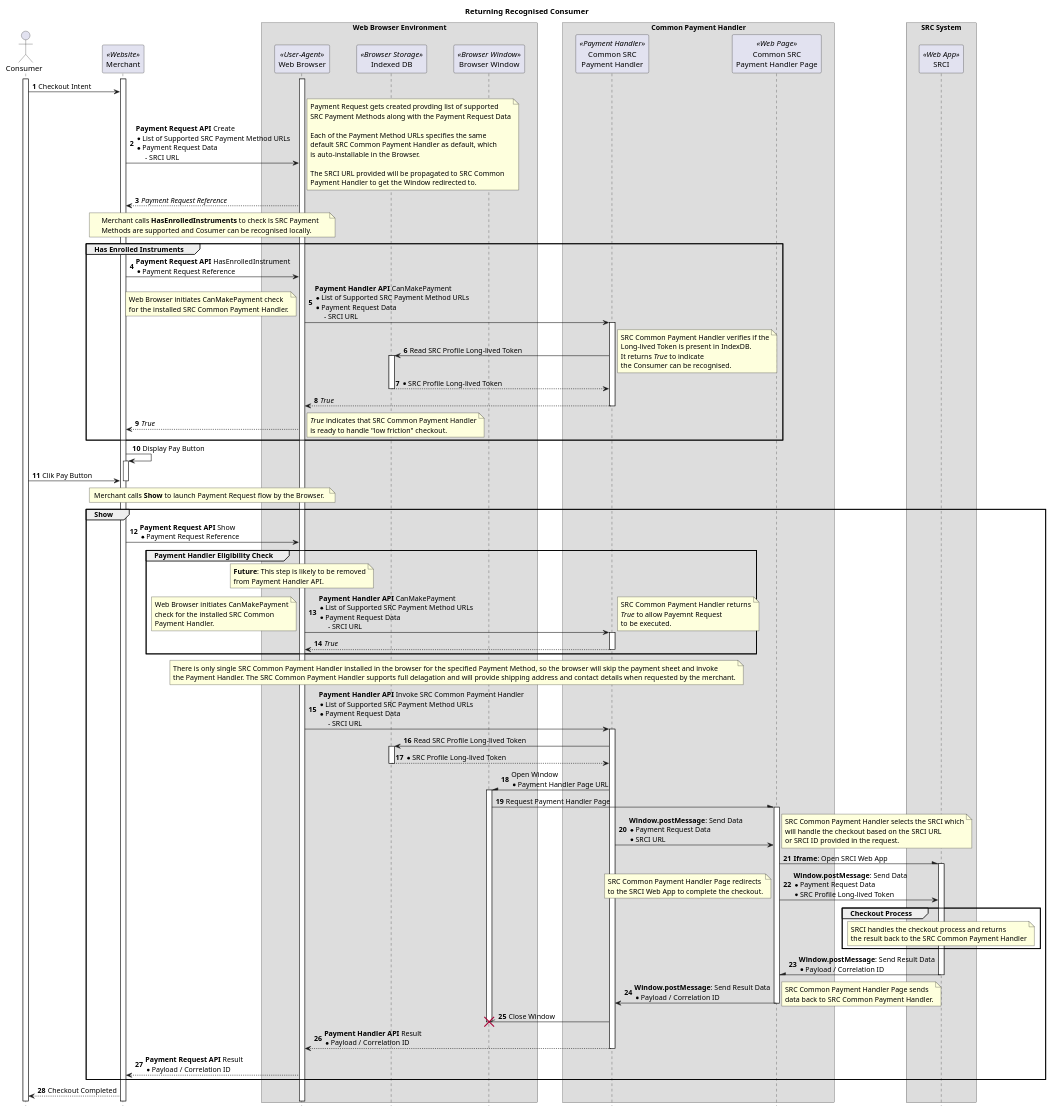
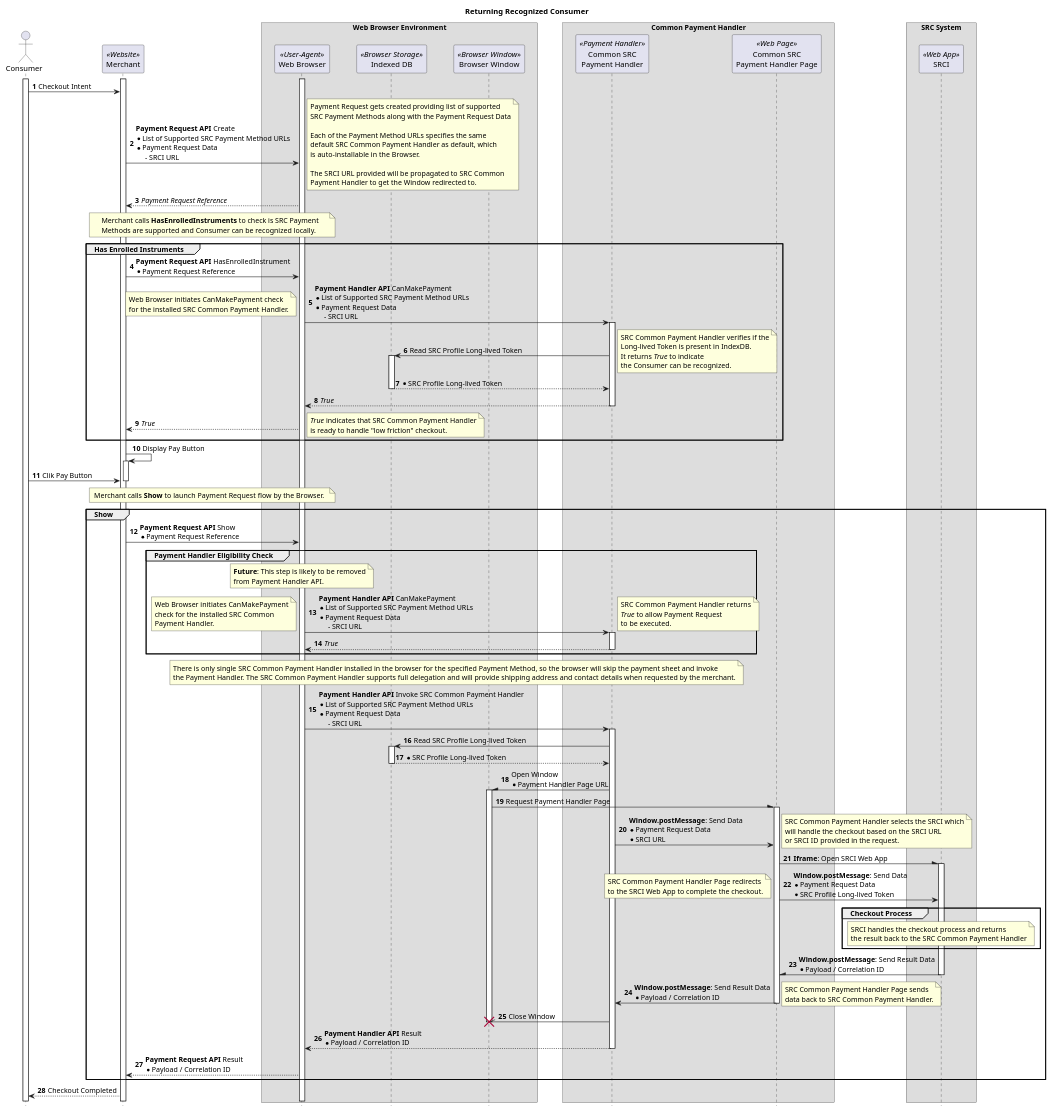
One commit to w3c/src changed the diagram in alt-ret-rec.puml. Above: the diagram before and after it, drawn with PlantUML. The commit also changed 5 other files, not shown here.

```diff
--- a/alt-ret-rec.puml
+++ b/alt-ret-rec.puml
@@ -1,159 +1,159 @@
 @startuml
 
 autonumber
 hide footbox
 skinparam ParticipantPadding 20
 skinparam BoxPadding 10
 
-title Returning Recognised Consumer
+title Returning Recognized Consumer
 
 actor Consumer as Consumer
 participant Merchant as Merchant <<Website>>
 
 box "Web Browser Environment"
   participant "Web Browser" as Browser <<User-Agent>>
   participant "Indexed DB" as DB <<Browser Storage>>
   participant "Browser Window" as Window <<Browser Window>>
 end box
 
 box "Common Payment Handler"
   participant "Common SRC\nPayment Handler" as PH <<Payment Handler>>
   participant "Common SRC\nPayment Handler Page" as Page <<Web Page>>
 end box
 
 box "SRC System"
   participant "SRCI" as SRCI <<Web App>>
 end box
 
 activate Consumer
 activate Merchant
 activate Browser
 
 Consumer->Merchant: Checkout Intent
 Merchant->Browser: **Payment Request API** Create\n* List of Supported SRC Payment Method URLs\n* Payment Request Data\n     - SRCI URL
 note right
-  Payment Request gets created provding list of supported
+  Payment Request gets created providing list of supported
   SRC Payment Methods along with the Payment Request Data
 
   Each of the Payment Method URLs specifies the same
   default SRC Common Payment Handler as default, which
   is auto-installable in the Browser.
 
   The SRCI URL provided will be propagated to SRC Common
   Payment Handler to get the Window redirected to.
 end note
 return //Payment Request Reference//
 
 note over Merchant, Browser
   Merchant calls **HasEnrolledInstruments** to check is SRC Payment
-  Methods are supported and Cosumer can be recognised locally.
+  Methods are supported and Consumer can be recognized locally.
 end note
 group Has Enrolled Instruments
 Merchant->Browser: **Payment Request API** HasEnrolledInstrument\n* Payment Request Reference
 Browser->PH: **Payment Handler API** CanMakePayment\n* List of Supported SRC Payment Method URLs\n* Payment Request Data\n     - SRCI URL
 activate PH
 note left
   Web Browser initiates CanMakePayment check
   for the installed SRC Common Payment Handler.
 end note
 PH->DB: Read SRC Profile Long-lived Token
 activate DB
 note right
   SRC Common Payment Handler verifies if the
   Long-lived Token is present in IndexDB.
   It returns //True// to indicate
-  the Consumer can be recognised.
+  the Consumer can be recognized.
 end note
 return * SRC Profile Long-lived Token
 return //True//
 Browser-->Merchant: //True//
 note right
   //True// indicates that SRC Common Payment Handler
   is ready to handle "low friction" checkout.
 end note
 end group
 Merchant->Merchant: Display Pay Button
 activate Merchant
 Consumer->Merchant: Clik Pay Button
 deactivate Merchant
 note over Merchant, Browser
   Merchant calls **Show** to launch Payment Request flow by the Browser. 
 end note
 group Show
 Merchant->Browser: **Payment Request API** Show\n* Payment Request Reference
 
 group Payment Handler Eligibility Check
 note over Browser
   **Future**: This step is likely to be removed
   from Payment Handler API.
 end note
 Browser->PH: **Payment Handler API** CanMakePayment\n* List of Supported SRC Payment Method URLs\n* Payment Request Data\n     - SRCI URL
 activate PH
 note left
   Web Browser initiates CanMakePayment
   check for the installed SRC Common
   Payment Handler.
 end note
 note right
   SRC Common Payment Handler returns
-  //True// to allow Payemnt Request
+  //True// to allow Payment Request
   to be executed.
 end note
 return //True//
 end group
 
 note over Browser, PH
   There is only single SRC Common Payment Handler installed in the browser for the specified Payment Method, so the browser will skip the payment sheet and invoke
-  the Payment Handler. The SRC Common Payment Handler supports full delagation and will provide shipping address and contact details when requested by the merchant.
+  the Payment Handler. The SRC Common Payment Handler supports full delegation and will provide shipping address and contact details when requested by the merchant.
 end note
 Browser->PH: **Payment Handler API** Invoke SRC Common Payment Handler\n* List of Supported SRC Payment Method URLs\n* Payment Request Data\n     - SRCI URL
 activate PH
 
 PH->DB: Read SRC Profile Long-lived Token
 activate DB
 return * SRC Profile Long-lived Token
 
 PH-\Window: Open Window\n* Payment Handler Page URL
 activate Window
 
 Window-\Page: Request Payment Handler Page
 activate Page
 PH->Page: **Window.postMessage**: Send Data\n* Payment Request Data\n* SRCI URL
 note right
     SRC Common Payment Handler selects the SRCI which
     will handle the checkout based on the SRCI URL
     or SRCI ID provided in the request.
 end note
 Page-\SRCI: **Iframe**: Open SRCI Web App
 activate SRCI
 Page->SRCI: **Window.postMessage**: Send Data\n* Payment Request Data\n* SRC Profile Long-lived Token
 note left
     SRC Common Payment Handler Page redirects
     to the SRCI Web App to complete the checkout.
 end note
 
 group Checkout Process
 note over SRCI
     SRCI handles the checkout process and returns
     the result back to the SRC Common Payment Handler
 end note
 end group
 
 SRCI-\Page: **Window.postMessage**: Send Result Data\n* Payload / Correlation ID
 deactivate SRCI
 Page->PH: **Window.postMessage**: Send Result Data\n* Payload / Correlation ID
 deactivate Page
 note right
     SRC Common Payment Handler Page sends
     data back to SRC Common Payment Handler.
 end note
 PH-\\Window!!: Close Window
 
 PH-->Browser: **Payment Handler API** Result\n* Payload / Correlation ID
 deactivate PH
 Browser-->Merchant: **Payment Request API** Result\n* Payload / Correlation ID
 end group
 
 Merchant-->Consumer: Checkout Completed
 
 @enduml
```
